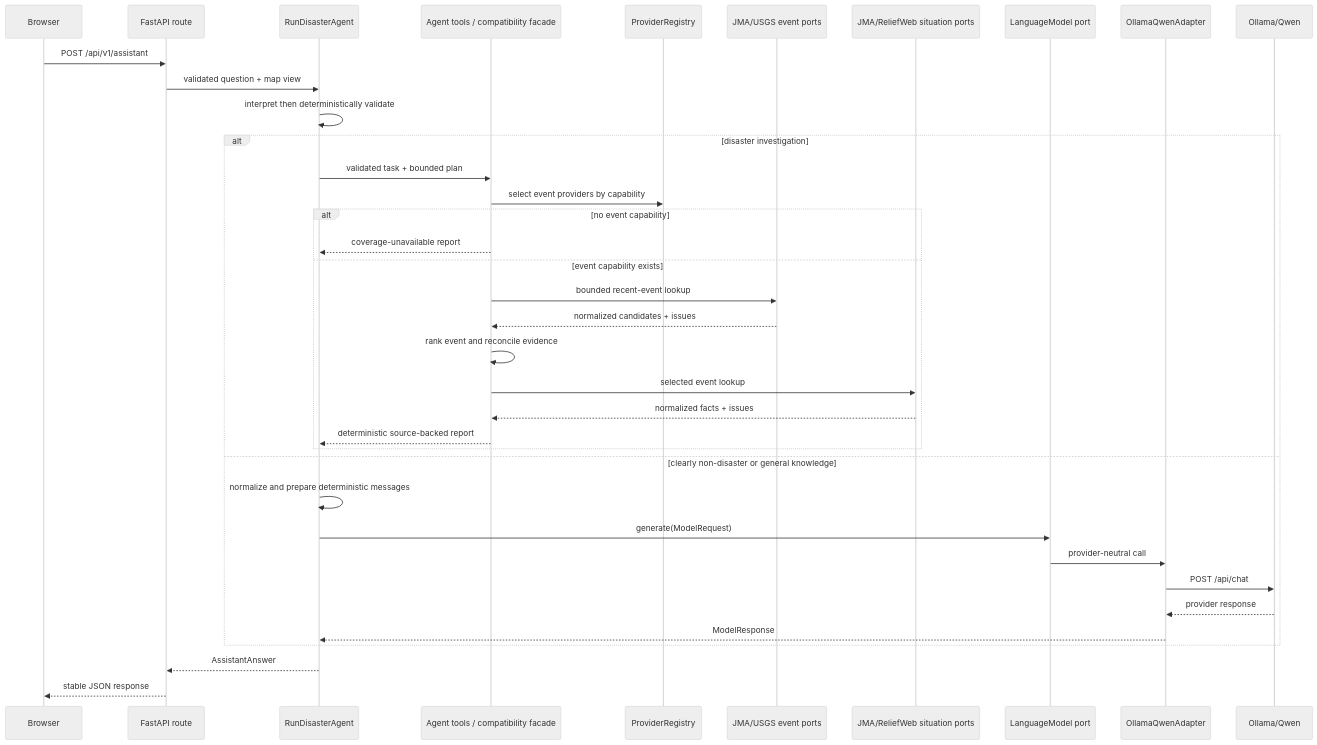
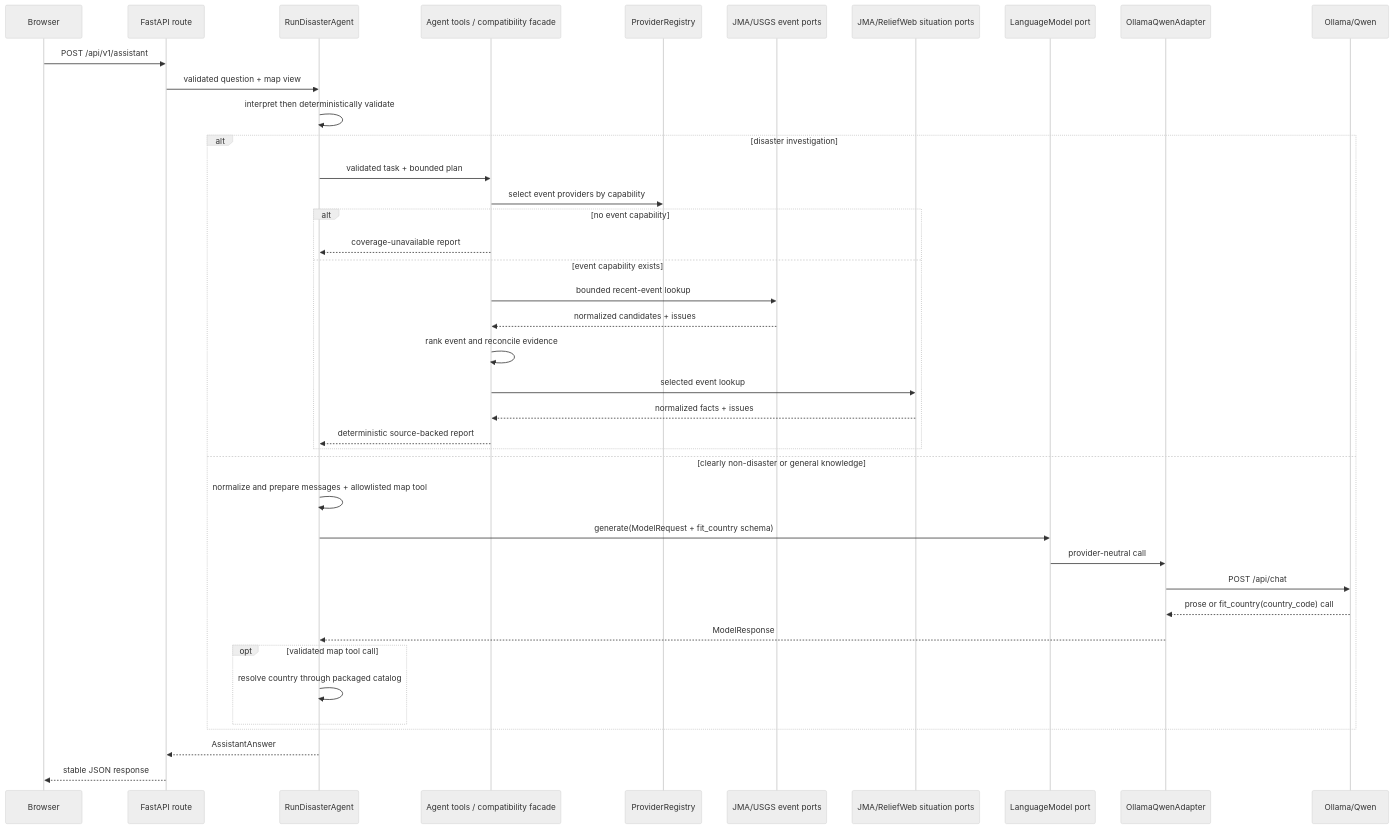
One commit to FearOfTheSea/DisasterMonitor changed the second of 3 diagrams in docs/architecture.md. Above: the diagram before and after it, drawn with Mermaid (neutral theme). The commit also changed other lines of this file and 30 other files, not shown here.

````diff
--- a/docs/architecture.md
+++ b/docs/architecture.md
@@ -44,40 +44,43 @@
 ```mermaid
 sequenceDiagram
     participant Browser
     participant Route as FastAPI route
     participant UseCase as RunDisasterAgent
     participant Report as Agent tools / compatibility facade
     participant Registry as ProviderRegistry
     participant Events as JMA/USGS event ports
     participant Situation as JMA/ReliefWeb situation ports
     participant Port as LanguageModel port
     participant Adapter as OllamaQwenAdapter
     participant Model as Ollama/Qwen
 
     Browser->>Route: POST /api/v1/assistant
     Route->>UseCase: validated question + map view
     UseCase->>UseCase: interpret then deterministically validate
     alt disaster investigation
         UseCase->>Report: validated task + bounded plan
         Report->>Registry: select event providers by capability
         alt no event capability
             Report-->>UseCase: coverage-unavailable report
         else event capability exists
         Report->>Events: bounded recent-event lookup
         Events-->>Report: normalized candidates + issues
         Report->>Report: rank event and reconcile evidence
         Report->>Situation: selected event lookup
         Situation-->>Report: normalized facts + issues
         Report-->>UseCase: deterministic source-backed report
         end
     else clearly non-disaster or general knowledge
-    UseCase->>UseCase: normalize and prepare deterministic messages
-    UseCase->>Port: generate(ModelRequest)
+    UseCase->>UseCase: normalize and prepare messages + allowlisted map tool
+    UseCase->>Port: generate(ModelRequest + fit_country schema)
     Port->>Adapter: provider-neutral call
     Adapter->>Model: POST /api/chat
-    Model-->>Adapter: provider response
+    Model-->>Adapter: prose or fit_country(country_code) call
     Adapter-->>UseCase: ModelResponse
+    opt validated map tool call
+        UseCase->>UseCase: resolve country through packaged catalog
+    end
     end
     UseCase-->>Route: AssistantAnswer
     Route-->>Browser: stable JSON response
 ```
````
